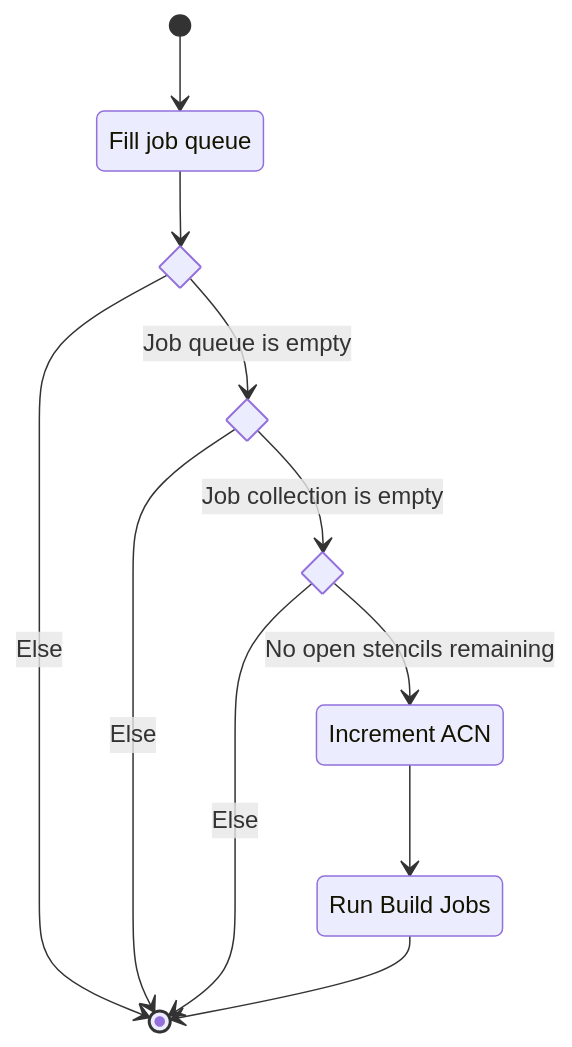
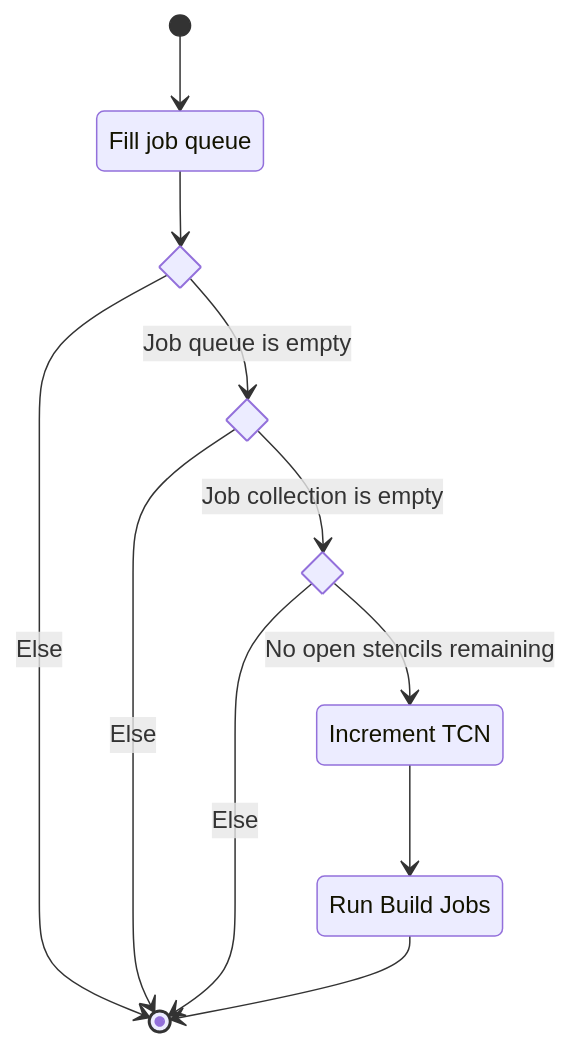
One commit to Uiowa-Applied-Topology/tanglenomicon_web_api changed the fifth of 7 diagrams in docs/unit_description/arborescent/job.md. Above: the diagram before and after it, drawn with Mermaid. The commit also changed other lines of this file and 7 other files, not shown here.

````diff
--- a/docs/unit_description/arborescent/job.md
+++ b/docs/unit_description/arborescent/job.md
@@ -136,19 +116,19 @@
 ```mermaid
 stateDiagram-v2
     state "Fill job queue" as fjq
     state open_sten_empy <<choice>>
     state job_col_empty <<choice>>
     state job_queue_empty <<choice>>
-    state "Increment ACN" as iacn
+    state "Increment TCN" as iacn
     state "Run Build Jobs" as rbj
     [*]--> fjq
     fjq --> job_queue_empty
     job_queue_empty --> [*]: Else
     job_queue_empty --> job_col_empty: Job queue is empty
     job_col_empty --> [*] : Else
     job_col_empty --> open_sten_empy: Job collection is empty
     open_sten_empy --> [*] : Else
     open_sten_empy --> iacn : No open stencils remaining
     iacn --> rbj
     rbj --> [*]
 ```
````
